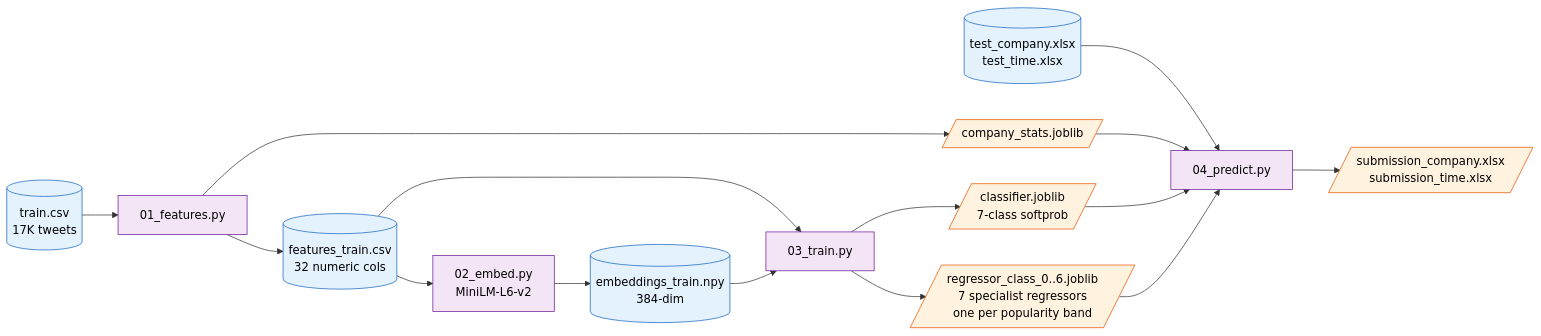
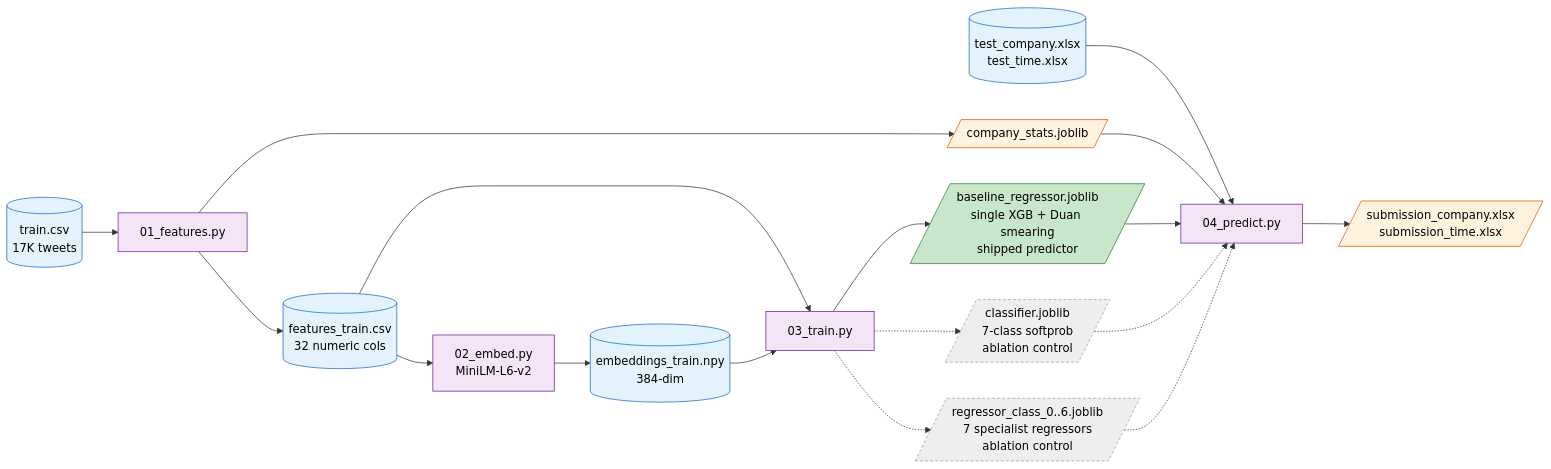
One commit to havish-coder/Tweet_analyzer changed the diagram in Task-1/README.md. Above: the diagram before and after it, drawn with Mermaid. The commit also changed other lines of this file and 2 other files, not shown here.

````diff
--- a/Task-1/README.md
+++ b/Task-1/README.md
@@ -31,33 +33,36 @@
 ```mermaid
 flowchart LR
     A[(train.csv<br/>17K tweets)] --> B[01_features.py]
     B --> C[(features_train.csv<br/>32 numeric cols)]
     B --> D[/company_stats.joblib/]
     C --> E[02_embed.py<br/>MiniLM-L6-v2]
     E --> F[(embeddings_train.npy<br/>384-dim)]
 
     C --> G[03_train.py]
     F --> G
 
-    G --> H1[/classifier.joblib<br/>7-class softprob/]
-    G --> H2[/regressor_class_0..6.joblib<br/>7 specialist regressors<br/>one per popularity band/]
+    G --> S[/baseline_regressor.joblib<br/>single XGB + Duan smearing<br/>shipped predictor/]
+    G -.-> H1[/classifier.joblib<br/>7-class softprob<br/>ablation control/]
+    G -.-> H2[/regressor_class_0..6.joblib<br/>7 specialist regressors<br/>ablation control/]
 
     I[(test_company.xlsx<br/>test_time.xlsx)] --> J[04_predict.py]
     D --> J
-    H1 --> J
-    H2 --> J
+    S --> J
+    H1 -.-> J
+    H2 -.-> J
     J --> K[/submission_company.xlsx<br/>submission_time.xlsx/]
 
     style A fill:#e3f2fd,stroke:#1565c0,color:#000
     style C fill:#e3f2fd,stroke:#1565c0,color:#000
     style F fill:#e3f2fd,stroke:#1565c0,color:#000
     style I fill:#e3f2fd,stroke:#1565c0,color:#000
     style D fill:#fff3e0,stroke:#e65100,color:#000
-    style H1 fill:#fff3e0,stroke:#e65100,color:#000
-    style H2 fill:#fff3e0,stroke:#e65100,color:#000
+    style S fill:#c8e6c9,stroke:#2e7d32,color:#000
+    style H1 fill:#eeeeee,stroke:#9e9e9e,color:#000,stroke-dasharray: 4 3
+    style H2 fill:#eeeeee,stroke:#9e9e9e,color:#000,stroke-dasharray: 4 3
     style K fill:#fff3e0,stroke:#e65100,color:#000
     style B fill:#f3e5f5,stroke:#6a1b9a,color:#000
     style E fill:#f3e5f5,stroke:#6a1b9a,color:#000
     style G fill:#f3e5f5,stroke:#6a1b9a,color:#000
     style J fill:#f3e5f5,stroke:#6a1b9a,color:#000
 ```
````
